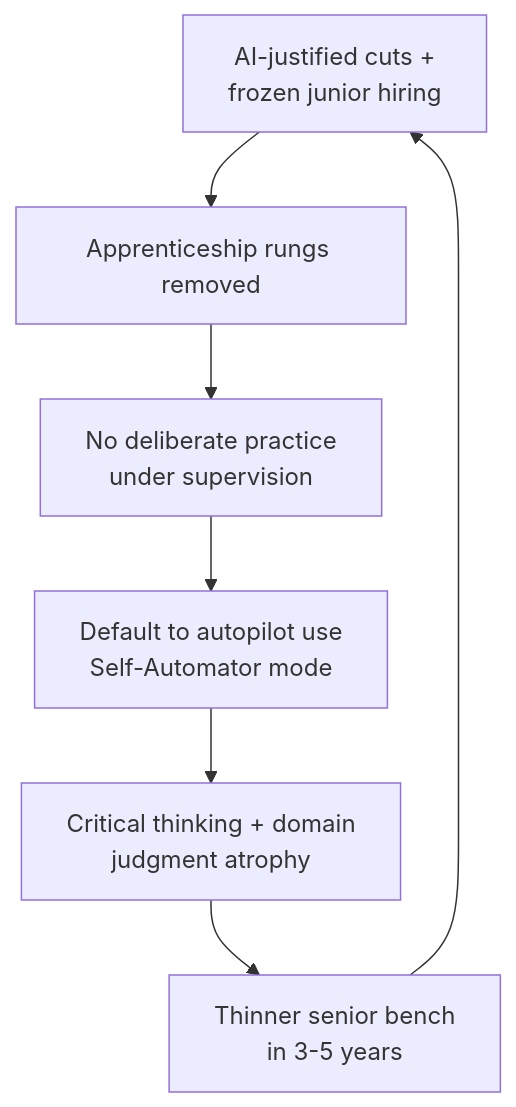
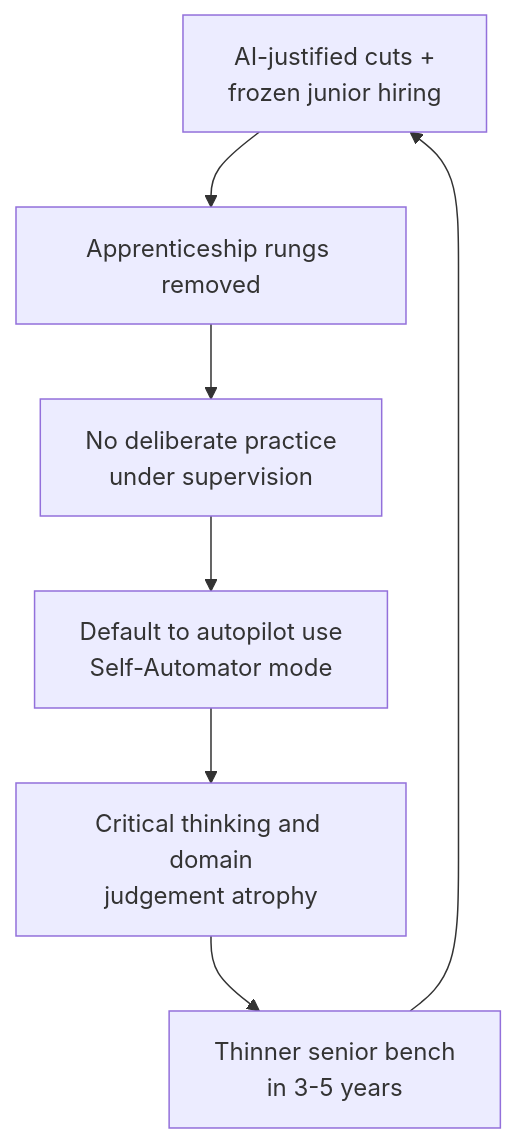
The diagram in content/blog/cutting-the-apprentices-to-pay-for-the-autopilot.mdx (TarrySingh/tarrysingh-com), drawn with Mermaid before and after one commit. The commit also changed other lines of this file and 115 other files, not shown here.

````diff
--- a/content/blog/cutting-the-apprentices-to-pay-for-the-autopilot.mdx
+++ b/content/blog/cutting-the-apprentices-to-pay-for-the-autopilot.mdx
@@ -71,10 +71,10 @@
 ```mermaid
 %% caption: The deskilling loop turns a cost decision into a capability deficit that compounds each year.
 flowchart TD
     A[AI-justified cuts +<br/>frozen junior hiring] --> B[Apprenticeship rungs removed]
     B --> C[No deliberate practice<br/>under supervision]
     C --> D[Default to autopilot use<br/>Self-Automator mode]
-    D --> E[Critical thinking + domain<br/>judgment atrophy]
+    D --> E[Critical thinking and domain<br/>judgement atrophy]
     E --> F[Thinner senior bench<br/>in 3-5 years]
     F --> A
 ```
````
